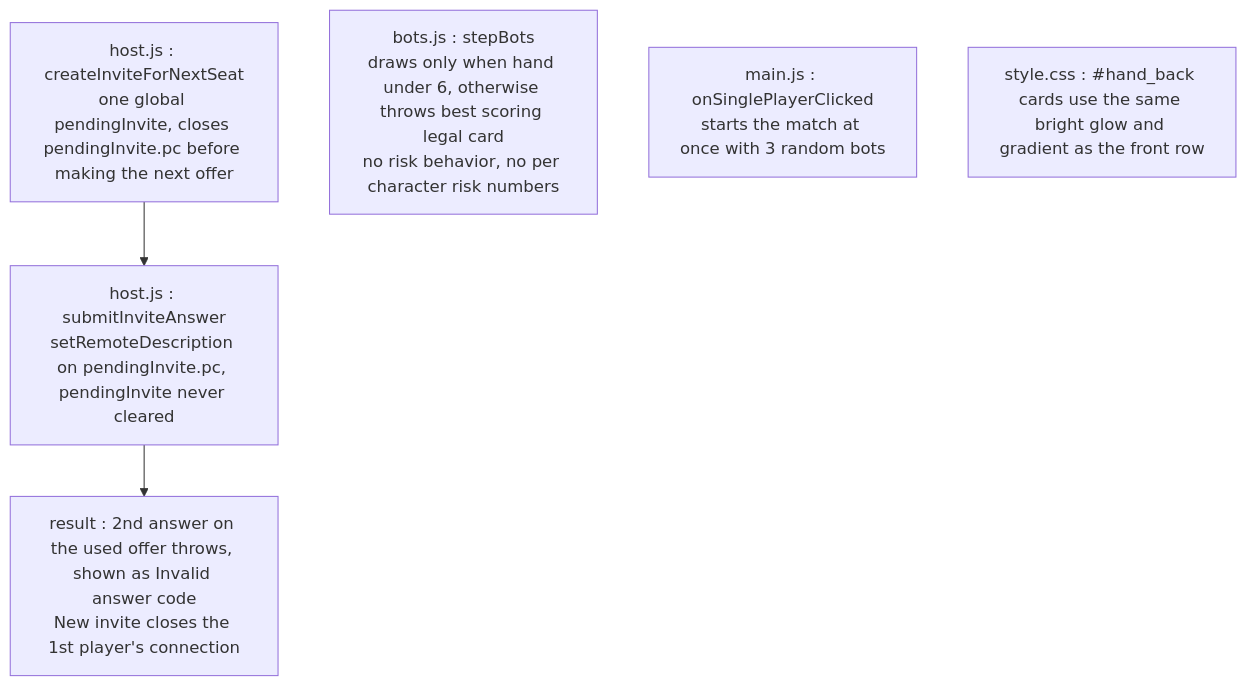
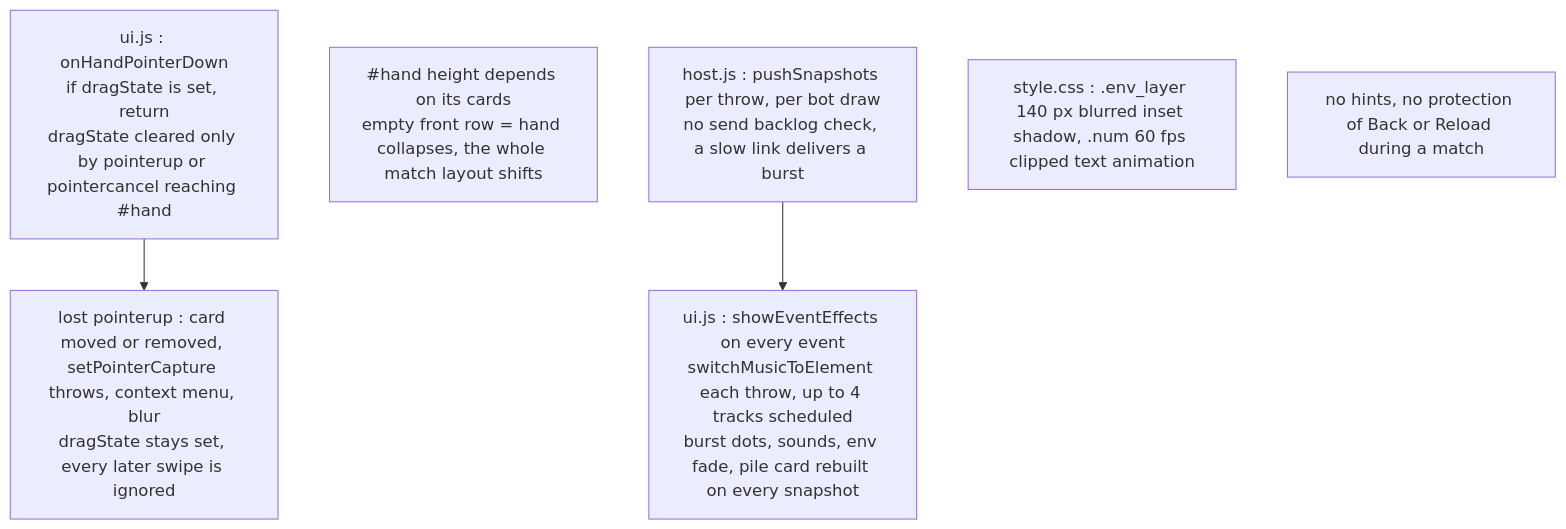
Before and after one commit to Vince-Albacite/elemental-clash: the diagram in FLOWCHART.md, drawn with Mermaid. The commit also changed other lines of this file and 10 other files, not shown here.

````diff
--- a/FLOWCHART.md
+++ b/FLOWCHART.md
@@ -7,8 +7,8 @@
 ```mermaid
 flowchart TD
-  H1["host.js : createInviteForNextSeat<br/>one global pendingInvite, closes pendingInvite.pc before making the next offer"] --> H2["host.js : submitInviteAnswer<br/>setRemoteDescription on pendingInvite.pc, pendingInvite never cleared"]
-  H2 --> H3["result : 2nd answer on the used offer throws, shown as Invalid answer code<br/>New invite closes the 1st player's connection"]
-  B1["bots.js : stepBots<br/>draws only when hand under 6, otherwise throws best scoring legal card<br/>no risk behavior, no per character risk numbers"]
-  S1["main.js : onSinglePlayerClicked<br/>starts the match at once with 3 random bots"]
-  C1["style.css : #hand_back cards use the same bright glow and gradient as the front row"]
+  G1["ui.js : onHandPointerDown<br/>if dragState is set, return<br/>dragState cleared only by pointerup or pointercancel reaching #hand"] --> G2["lost pointerup : card moved or removed, setPointerCapture throws, context menu, blur<br/>dragState stays set, every later swipe is ignored"]
+  L1["#hand height depends on its cards<br/>empty front row = hand collapses, the whole match layout shifts"]
+  P1["host.js : pushSnapshots per throw, per bot draw<br/>no send backlog check, a slow link delivers a burst"] --> P2["ui.js : showEventEffects on every event<br/>switchMusicToElement each throw, up to 4 tracks scheduled<br/>burst dots, sounds, env fade, pile card rebuilt on every snapshot"]
+  P3["style.css : .env_layer 140 px blurred inset shadow, .num 60 fps clipped text animation"]
+  X1["no hints, no protection of Back or Reload during a match"]
 ```
````
